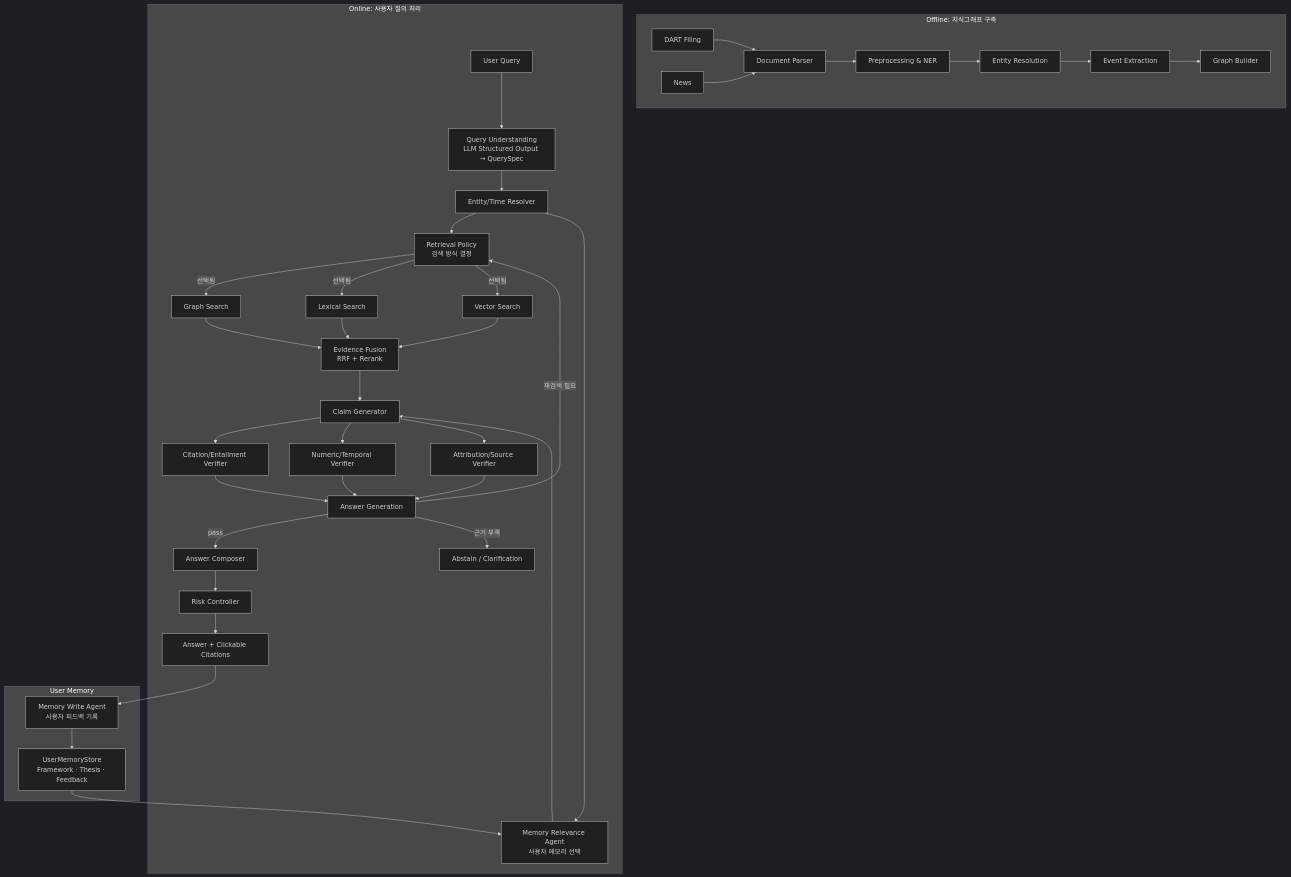
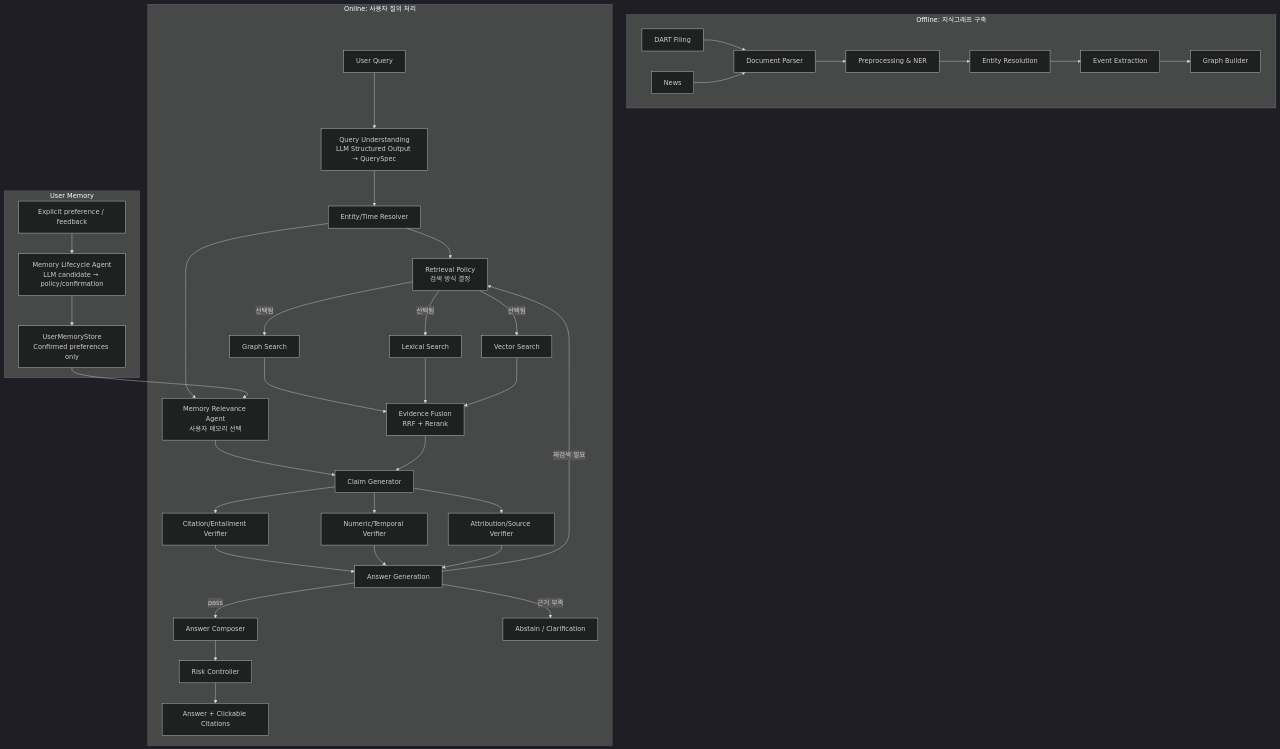
Before and after one commit to immaruel/Financial_AI_Agent: the diagram in README.md, drawn with Mermaid (dark theme). The commit also changed other lines of this file and 4 other files, not shown here.

Commit message:
Document consent-aware memory lifecycle

````diff
--- a/README.md
+++ b/README.md
@@ -14,76 +14,77 @@
 ```mermaid
 flowchart TD
     subgraph OFFLINE[Offline: 지식그래프 구축]
         S1[DART Filing]
         S2[News]
         S3[Document Parser]
         S4[Preprocessing & NER]
         S5[Entity Resolution]
         S6[Event Extraction]
         S7[Graph Builder]
   
         S1 --> S3
         S2 --> S3
         S3 --> S4 --> S5 --> S6 --> S7 
     end
 
     subgraph ONLINE[Online: 사용자 질의 처리]
         Q[User Query]
         P[Query Understanding\nLLM Structured Output → QuerySpec]
         ER[Entity/Time Resolver]
         RP[Retrieval Policy \n검색 방식 결정]
         MR[Memory Relevance Agent\n사용자 메모리 선택]
 
         GR[Graph Search]
         LR[Lexical Search]
         VR[Vector Search]
    
         EF[Evidence Fusion\nRRF + Rerank]
         CG[Claim Generator]
 
         CV[Citation/Entailment Verifier]
         NV[Numeric/Temporal Verifier]
         AV[Attribution/Source Verifier]
 
         AG[Answer Generation]
         AC[Answer Composer]
         RC[Risk Controller]
         O[Answer + Clickable Citations]
 
         Q --> P --> ER
         ER --> RP
         ER --> MR
 
         RP -->|선택됨| GR
         RP -->|선택됨| LR
         RP -->|선택됨| VR
         
         GR --> EF
         LR --> EF
         VR --> EF
 
         MR --> CG
         EF --> CG
 
         CG --> CV
         CG --> NV
         CG --> AV
 
         CV --> AG
         NV --> AG
         AV --> AG
 
         AG -->|pass| AC --> RC --> O
         AG -->|재검색 필요| RP
         AG -->|근거 부족| X[Abstain / Clarification]
     end
 
     subgraph MEMORY[User Memory]
-        MS[UserMemoryStore\nFramework · Thesis · Feedback]
-        MW[Memory Write Agent\n사용자 피드백 기록]
+        MS[UserMemoryStore\nConfirmed preferences only]
+        MW[Memory Lifecycle Agent\nLLM candidate → policy/confirmation]
+        UF[Explicit preference / feedback]
     end
 
     MS --> MR
-    O --> MW
+    UF --> MW
     MW --> MS
 ```
````
